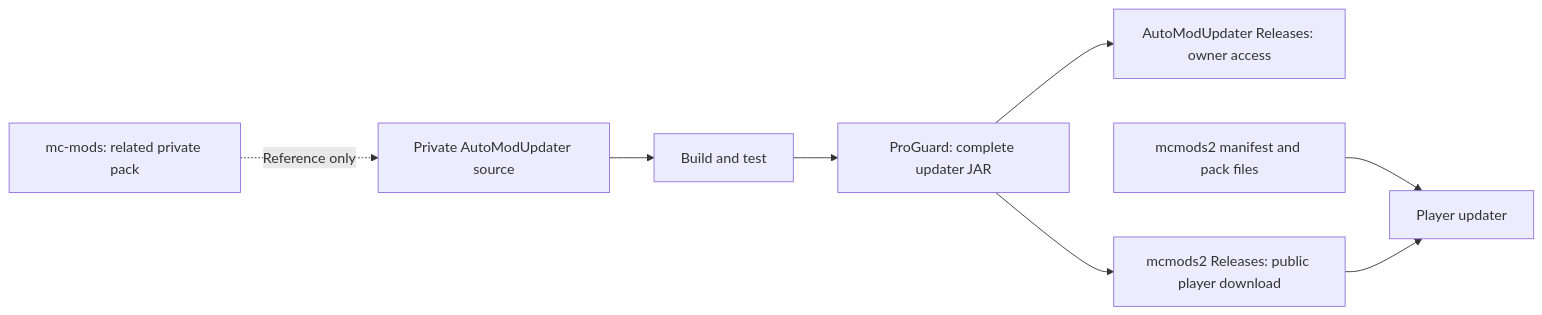
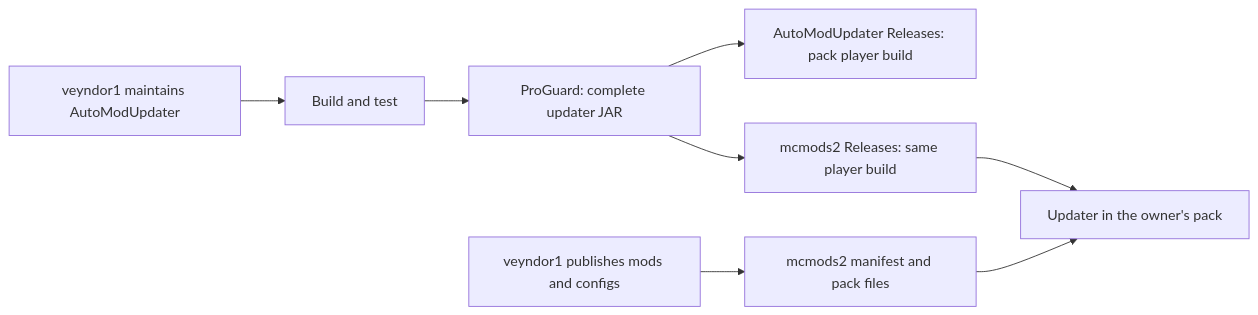
One commit to veyndor1/AutoModUpdater changed the second of 2 diagrams in README.md. Above: the diagram before and after it, drawn with Mermaid. The commit also changed other lines of this file and 6 other files, not shown here.

Commit message:
Clarify owner-managed mcmods2 scope and exclude Minecraft 1.12.2

````diff
--- a/README.md
+++ b/README.md
@@ -44,10 +54,10 @@
 ```mermaid
 flowchart LR
-    A[Private AutoModUpdater source] --> B[Build and test]
+    A[veyndor1 maintains AutoModUpdater] --> B[Build and test]
     B --> C[ProGuard: complete updater JAR]
-    C --> R[AutoModUpdater Releases: owner access]
-    C --> D[mcmods2 Releases: public player download]
-    E[mcmods2 manifest and pack files] --> F[Player updater]
+    C --> R[AutoModUpdater Releases: pack player build]
+    C --> D[mcmods2 Releases: same player build]
+    O[veyndor1 publishes mods and configs] --> E[mcmods2 manifest and pack files]
+    E --> F[Updater in the owner's pack]
     D --> F
-    G[mc-mods: related private pack] -. Reference only .-> A
 ```
````
